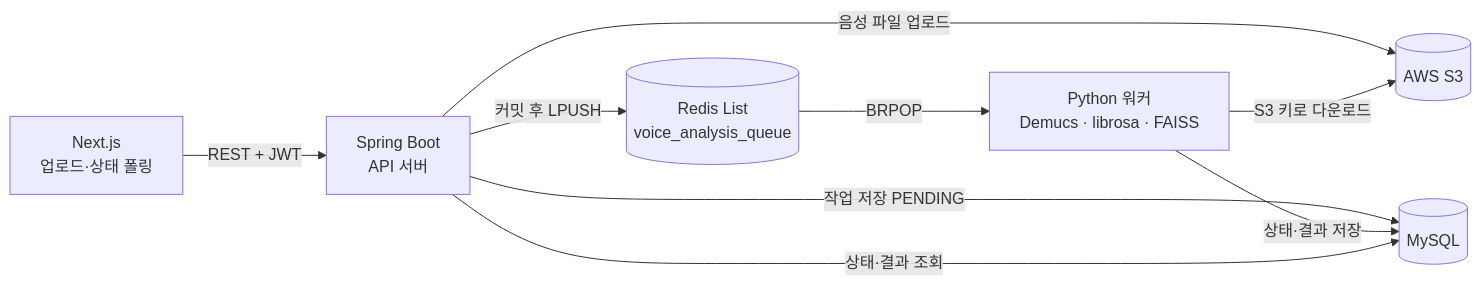
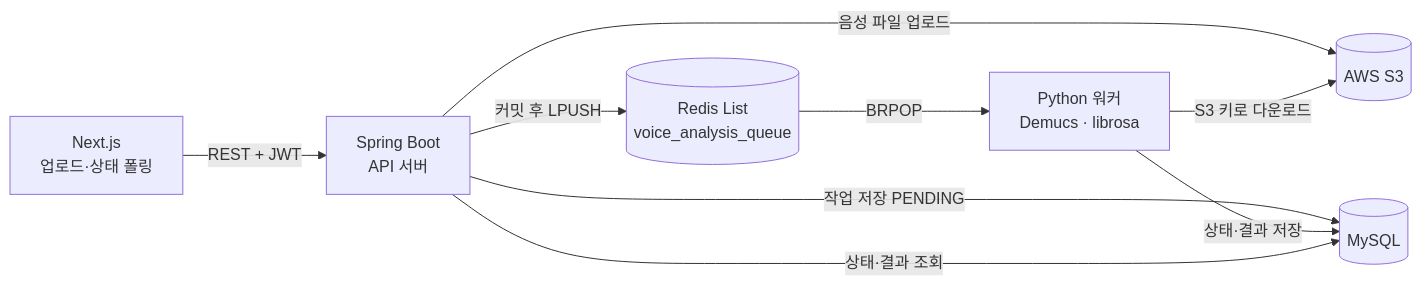
The diagram in README.md (djatjs/MyVoicePick), drawn with Mermaid before and after one commit. The commit also changed other lines of this file and 3 other files, not shown here.

````diff
--- a/README.md
+++ b/README.md
@@ -17,11 +17,11 @@
 ```mermaid
 graph LR
     Client["Next.js<br/>업로드·상태 폴링"] -->|REST + JWT| API["Spring Boot<br/>API 서버"]
     API -->|음성 파일 업로드| S3[("AWS S3")]
     API -->|작업 저장 PENDING| DB[("MySQL")]
     API -->|커밋 후 LPUSH| Redis[("Redis List<br/>voice_analysis_queue")]
-    Redis -->|BRPOP| Worker["Python 워커<br/>Demucs · librosa · FAISS"]
+    Redis -->|BRPOP| Worker["Python 워커<br/>Demucs · librosa"]
     Worker -->|S3 키로 다운로드| S3
     Worker -->|상태·결과 저장| DB
     API -->|상태·결과 조회| DB
 ```
````
